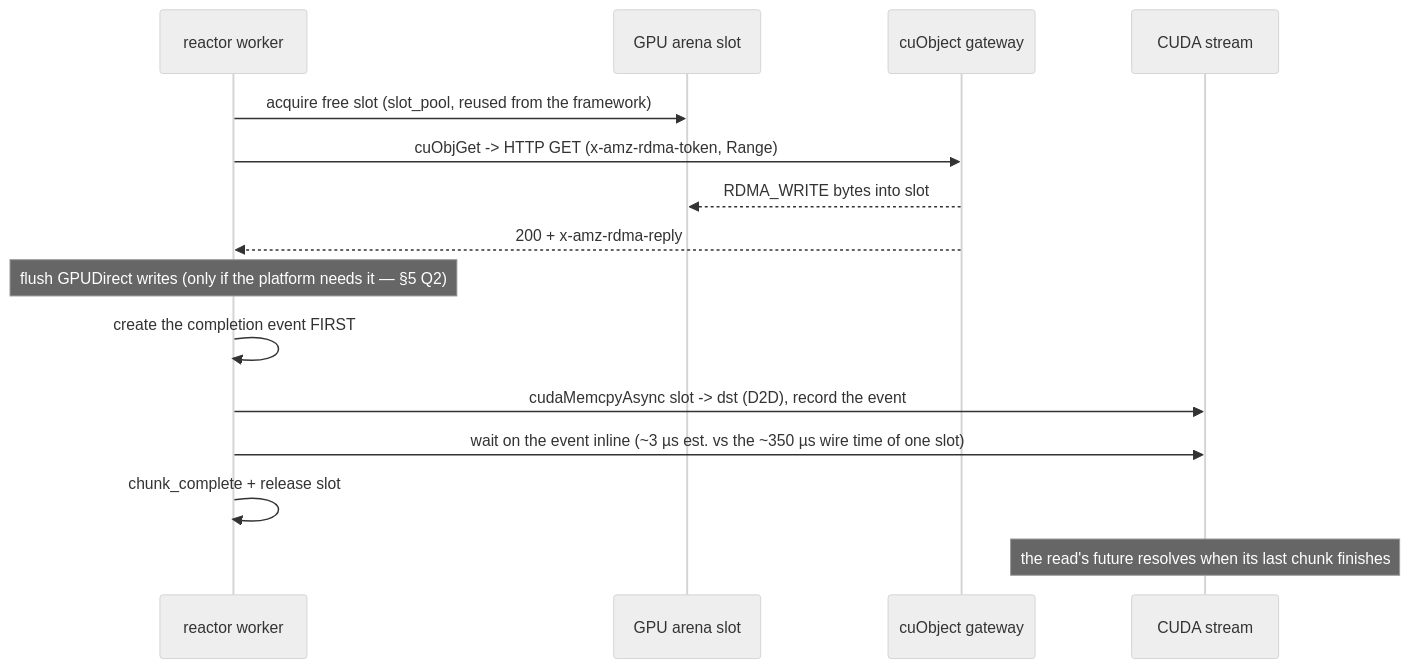
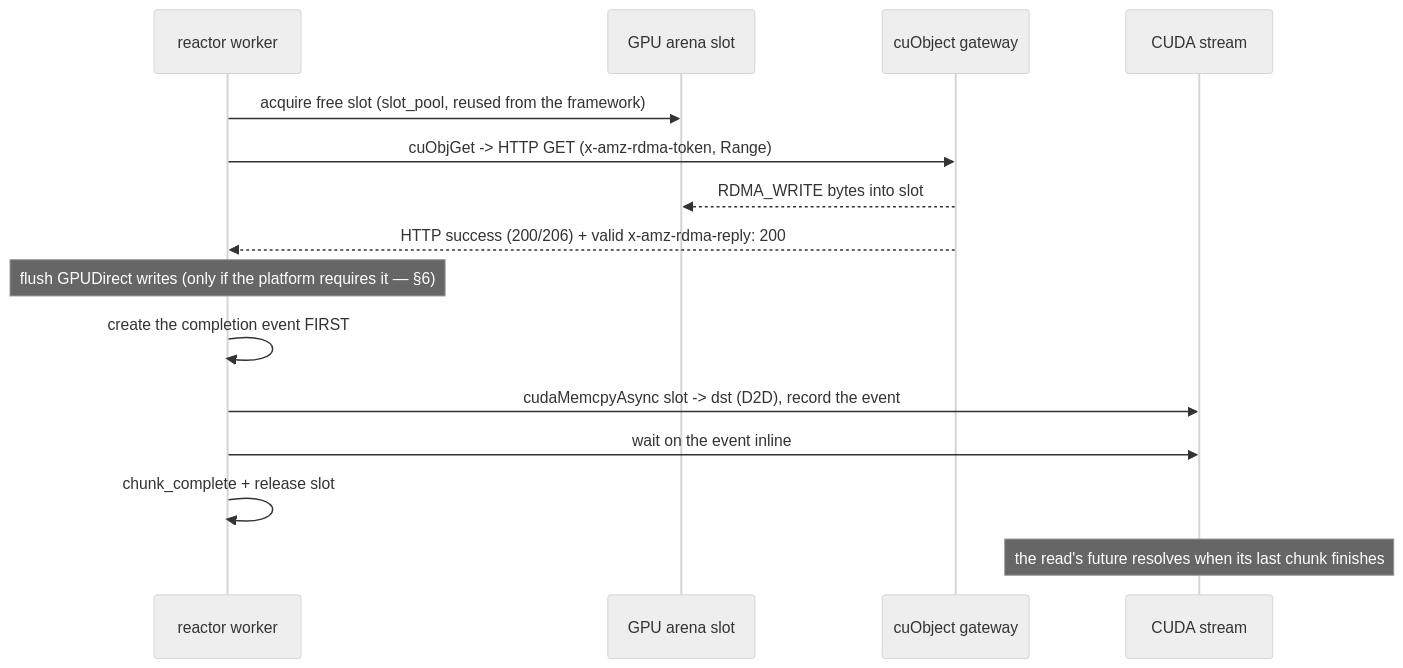
The second of 2 diagrams in experimental/s3-rdma-transport-design.md (sirius-db/sirius), drawn with Mermaid (neutral theme) before and after one commit. The commit also changed other lines of this file and 1 other file, not shown here.

````diff
--- a/experimental/s3-rdma-transport-design.md
+++ b/experimental/s3-rdma-transport-design.md
@@ -85,17 +81,17 @@
 ```mermaid
 sequenceDiagram
   participant W as reactor worker
   participant A as GPU arena slot
   participant G as cuObject gateway
   participant S as CUDA stream
   W->>A: acquire free slot (slot_pool, reused from the framework)
   W->>G: cuObjGet -> HTTP GET (x-amz-rdma-token, Range)
   G-->>A: RDMA_WRITE bytes into slot
-  G-->>W: 200 + x-amz-rdma-reply
-  Note over W: flush GPUDirect writes (only if the platform needs it — §5 Q2)
+  G-->>W: HTTP success (200/206) + valid x-amz-rdma-reply: 200
+  Note over W: flush GPUDirect writes (only if the platform requires it — §6)
   W->>W: create the completion event FIRST
   W->>S: cudaMemcpyAsync slot -> dst (D2D), record the event
-  W->>S: wait on the event inline (~3 µs est. vs the ~350 µs wire time of one slot)
+  W->>S: wait on the event inline
   W->>W: chunk_complete + release slot
   Note over S: the read's future resolves when its last chunk finishes
 ```
````
